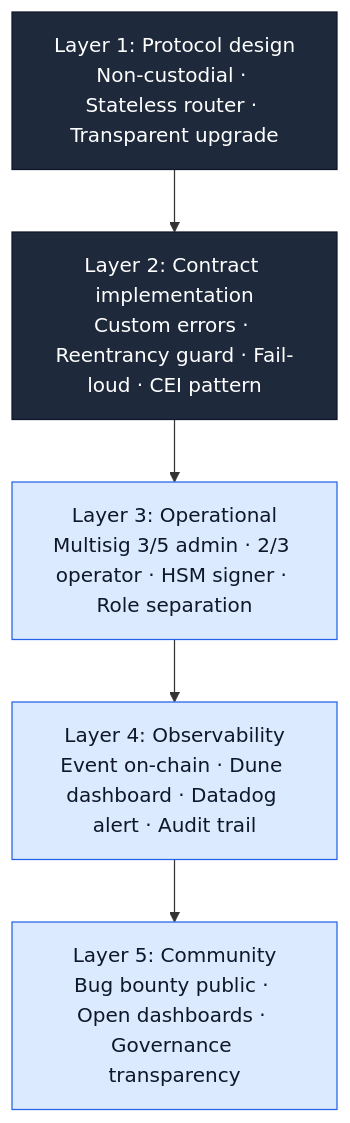
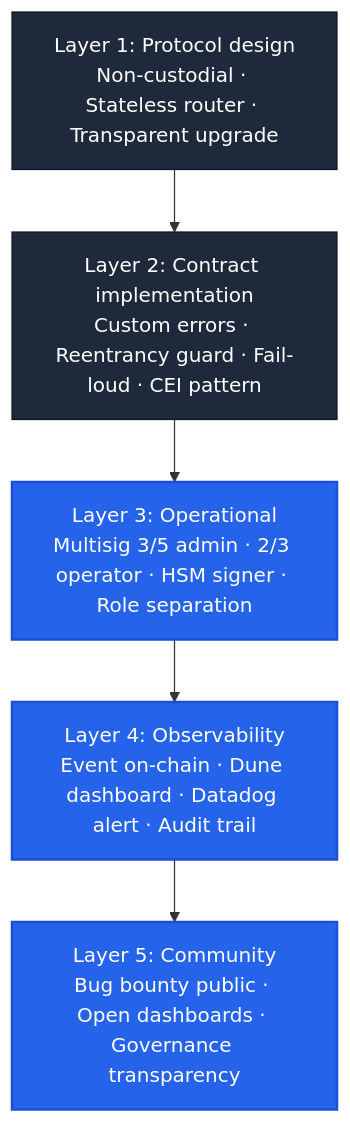
The first of 3 diagrams in vi_v6/giao-thuc/bao-mat.md (PrediX-Protocol/predix-docs), drawn with Mermaid before and after one commit. The commit also changed other lines of this file and 32 other files, not shown here.

First line of the commit message:
docs(vi_v6): redesign Mermaid theme — solid mid-tone palette + dark theme

````diff
--- a/vi_v6/giao-thuc/bao-mat.md
+++ b/vi_v6/giao-thuc/bao-mat.md
@@ -7,15 +7,15 @@
 ```mermaid
 flowchart TB
     L1[Layer 1: Protocol design<br/>Non-custodial · Stateless router · Transparent upgrade]
     L2[Layer 2: Contract implementation<br/>Custom errors · Reentrancy guard · Fail-loud · CEI pattern]
     L3[Layer 3: Operational<br/>Multisig 3/5 admin · 2/3 operator · HSM signer · Role separation]
     L4[Layer 4: Observability<br/>Event on-chain · Dune dashboard · Datadog alert · Audit trail]
     L5[Layer 5: Community<br/>Bug bounty public · Open dashboards · Governance transparency]
 
     L1 --> L2 --> L3 --> L4 --> L5
 
     classDef strong fill:#1e293b,stroke:#0f172a,color:#fff
-    classDef good fill:#dbeafe,stroke:#2563eb,color:#0f172a
+    classDef good fill:#2563eb,stroke:#1d4ed8,color:#fff,stroke-width:2px
     class L1,L2 strong
     class L3,L4,L5 good
 ```
````
